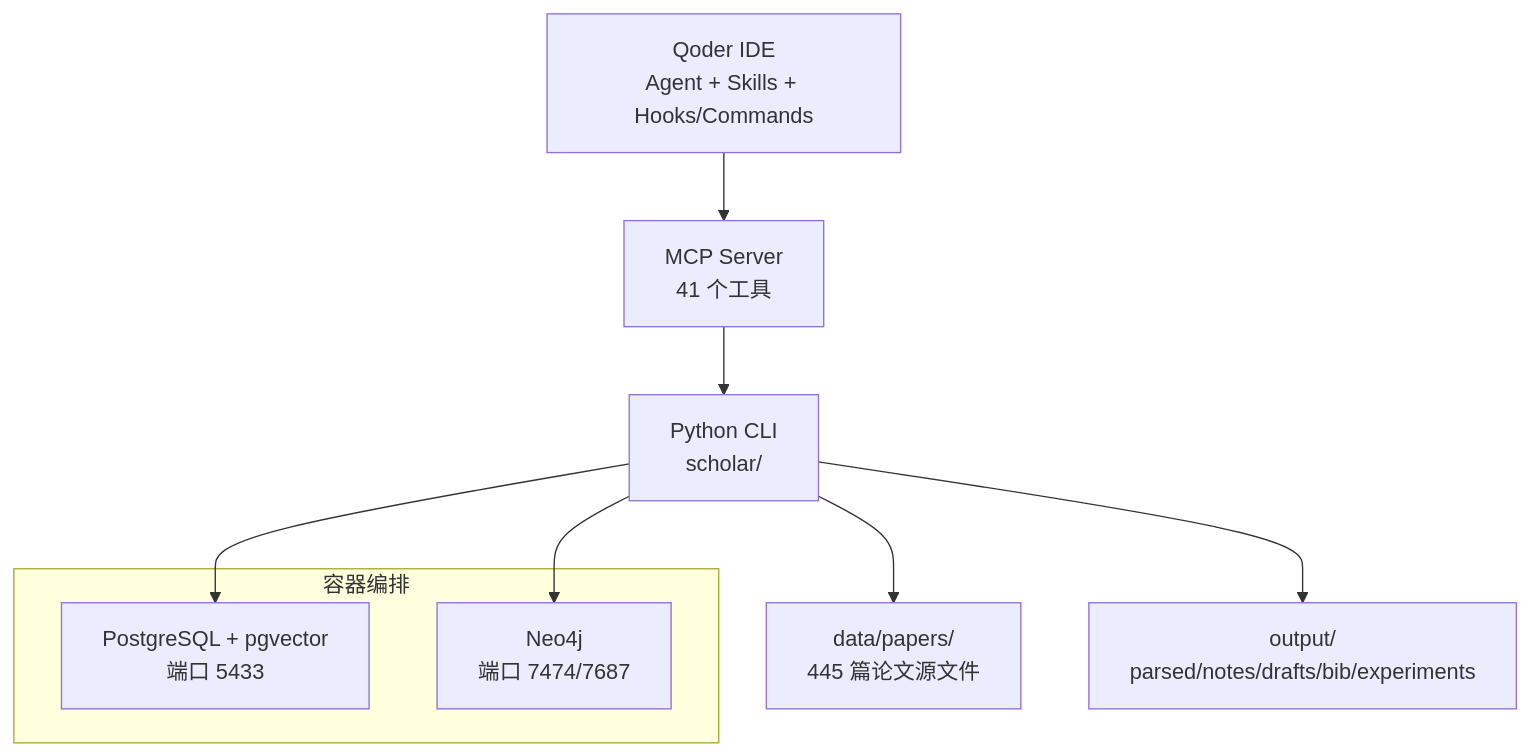
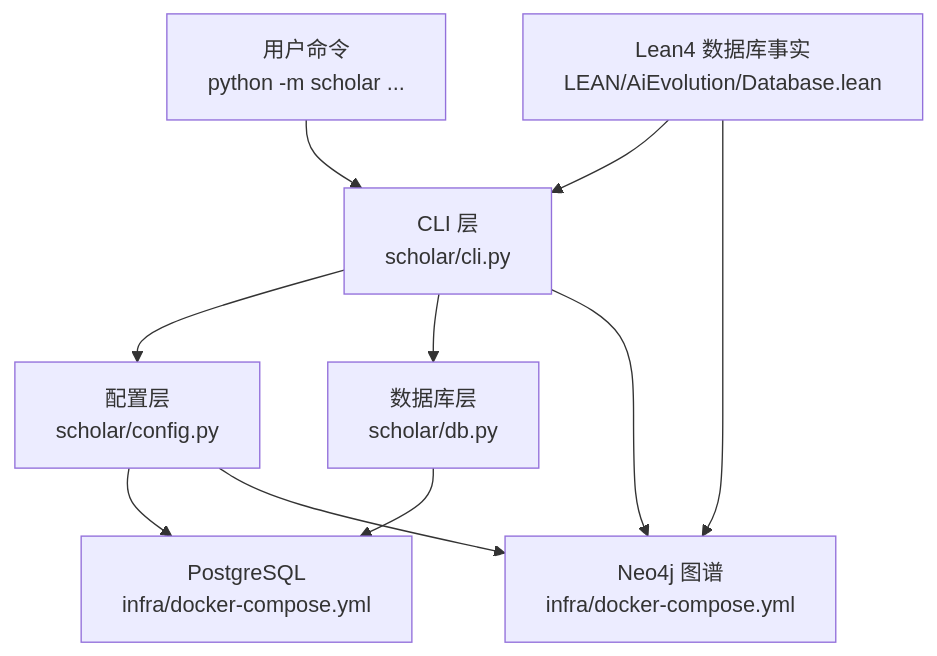
Before and after one commit to 1173591564/academic-based-qoder: the second of 6 diagrams in .qoder/repowiki/zh/content/快速开始.md, drawn with Mermaid. The commit also changed other lines of this file and 221 other files, not shown here.

````diff
--- a/.qoder/repowiki/zh/content/快速开始.md
+++ b/.qoder/repowiki/zh/content/快速开始.md
@@ -164,13 +117,12 @@
 ```mermaid
 graph TB
-Qoder["Qoder IDE<br/>Agent + Skills + Hooks/Commands"] --> MCP["MCP Server<br/>41 个工具"]
-MCP --> CLI["Python CLI<br/>scholar/"]
-CLI --> PG["PostgreSQL + pgvector<br/>端口 5433"]
-CLI --> Neo4j["Neo4j<br/>端口 7474/7687"]
-CLI --> Data["data/papers/<br/>445 篇论文源文件"]
-CLI --> Output["output/<br/>parsed/notes/drafts/bib/experiments"]
-subgraph "容器编排"
-PG
-Neo4j
-end
+U["用户命令<br/>python -m scholar ..."] --> C["CLI 层<br/>scholar/cli.py"]
+C --> CFG["配置层<br/>scholar/config.py"]
+C --> DB["数据库层<br/>scholar/db.py"]
+DB --> PG["PostgreSQL<br/>infra/docker-compose.yml"]
+C --> G["Neo4j 图谱<br/>infra/docker-compose.yml"]
+L["Lean4 数据库事实<br/>LEAN/AiEvolution/Database.lean"] --> C
+L --> G
+CFG --> PG
+CFG --> G
 ```
````
